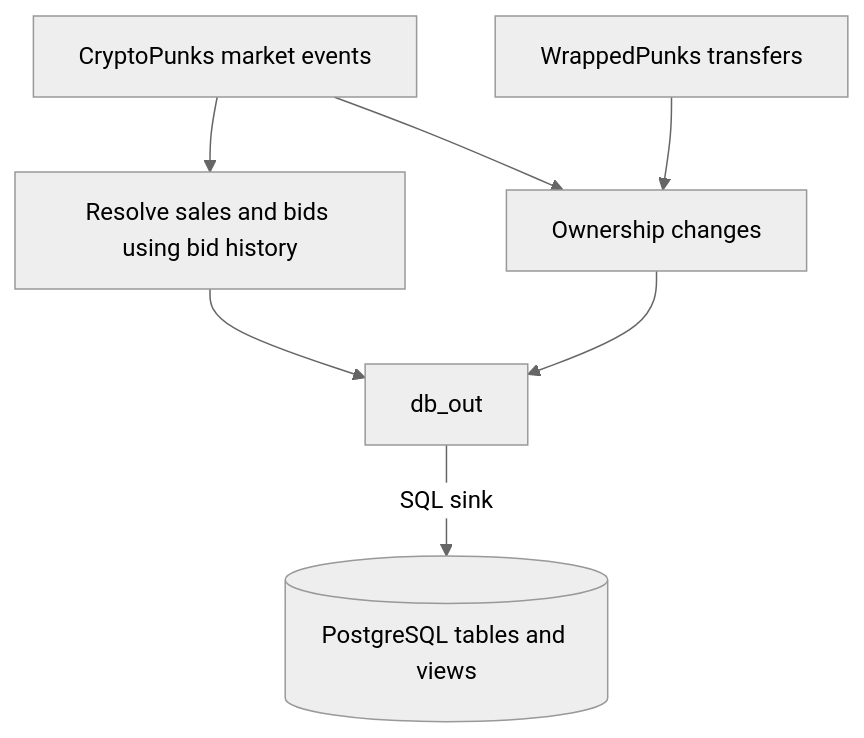
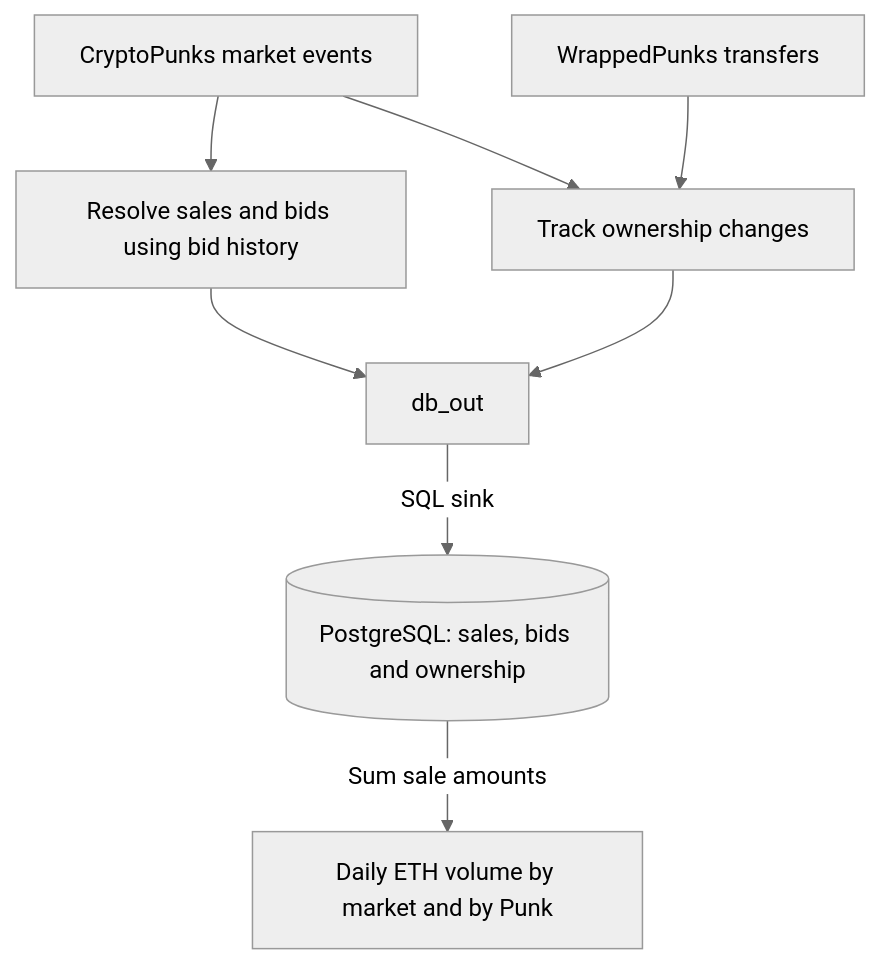
Before and after one commit to itsjerryokolo/cryptopunks_substreams: the diagram in README.md, drawn with Mermaid (neutral theme). The commit also changed other lines of this file, not shown here.

Commit message:
Show daily ETH volume and link the original sale logs

````diff
--- a/README.md
+++ b/README.md
@@ -17,9 +17,10 @@
 ```mermaid
 flowchart TD
     market["CryptoPunks market events"] --> trades["Resolve sales and bids using bid history"]
-    market --> owners["Ownership changes"]
-    wrapped["WrappedPunks transfers"] --> owners
-    trades --> db["db_out"]
-    owners --> db
-    db -->|SQL sink| pg[("PostgreSQL tables and views")]
+    market --> ownership["Track ownership changes"]
+    wrapped["WrappedPunks transfers"] --> ownership
+    trades --> out["db_out"]
+    ownership --> out
+    out -->|SQL sink| pg[("PostgreSQL: sales, bids and ownership")]
+    pg -->|Sum sale amounts| volume["Daily ETH volume by market and by Punk"]
 ```
````
